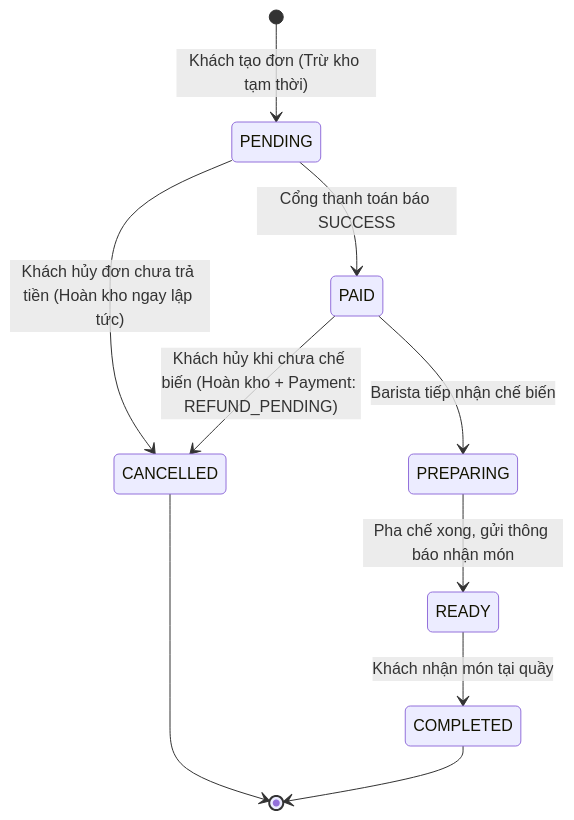
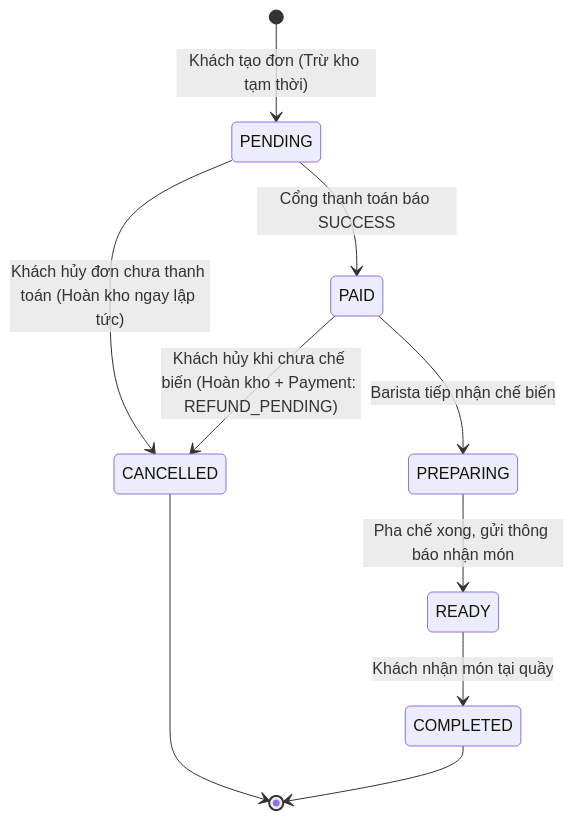
Before and after one commit to Gtvkun-ai/brewlite-a2: the fourth of 6 diagrams in docs/master-defense-report-a-to-z.md, drawn with Mermaid. The commit also changed other lines of this file and 10 other files, not shown here.

````diff
--- a/docs/master-defense-report-a-to-z.md
+++ b/docs/master-defense-report-a-to-z.md
@@ -212,16 +224,16 @@
 ```mermaid
 stateDiagram-v2
     [*] --> PENDING: Khách tạo đơn (Trừ kho tạm thời)
     
-    PENDING --> CANCELLED: Khách hủy đơn chưa trả tiền (Hoàn kho ngay lập tức)
+    PENDING --> CANCELLED: Khách hủy đơn chưa thanh toán (Hoàn kho ngay lập tức)
     PENDING --> PAID: Cổng thanh toán báo SUCCESS
     
     PAID --> PREPARING: Barista tiếp nhận chế biến
     PAID --> CANCELLED: Khách hủy khi chưa chế biến (Hoàn kho + Payment: REFUND_PENDING)
     
     PREPARING --> READY: Pha chế xong, gửi thông báo nhận món
     READY --> COMPLETED: Khách nhận món tại quầy
     
     CANCELLED --> [*]
     COMPLETED --> [*]
 ```
````
